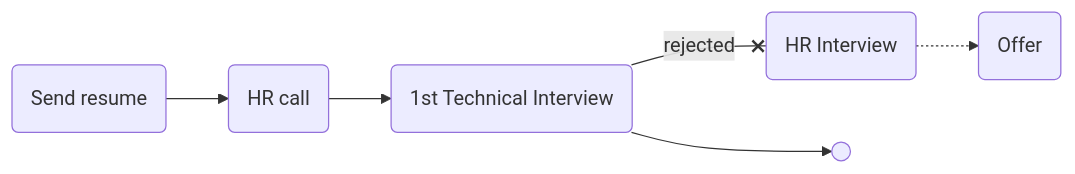
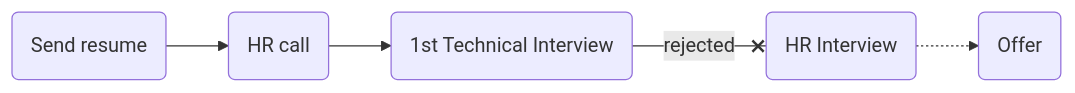
Before and after one commit to mo1ein/jobname: the diagram in wallex.md, drawn with Mermaid.

````diff
--- a/wallex.md
+++ b/wallex.md
@@ -4,5 +4,4 @@
 ```mermaid
 flowchart LR
     sr(Send resume) --> hr(HR call) --> ti1(1st Technical Interview) --rejected--x hri(HR Interview) -.-> o(Offer)
-    ti1(1st Technical Interview) -->  r((" "))
 ```
````
